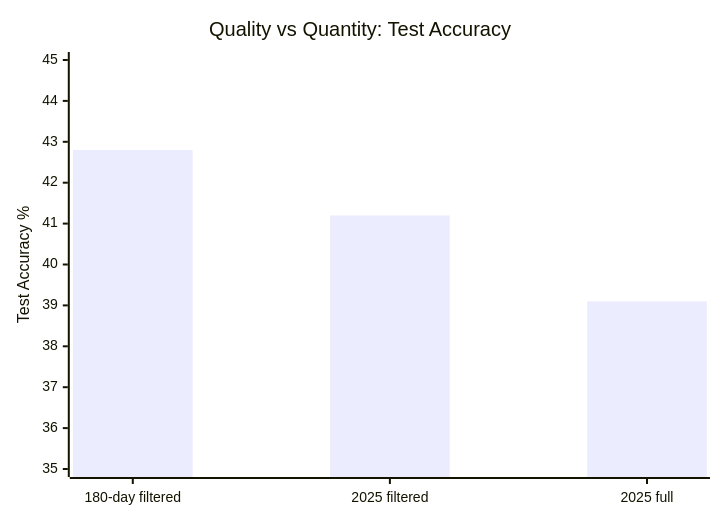
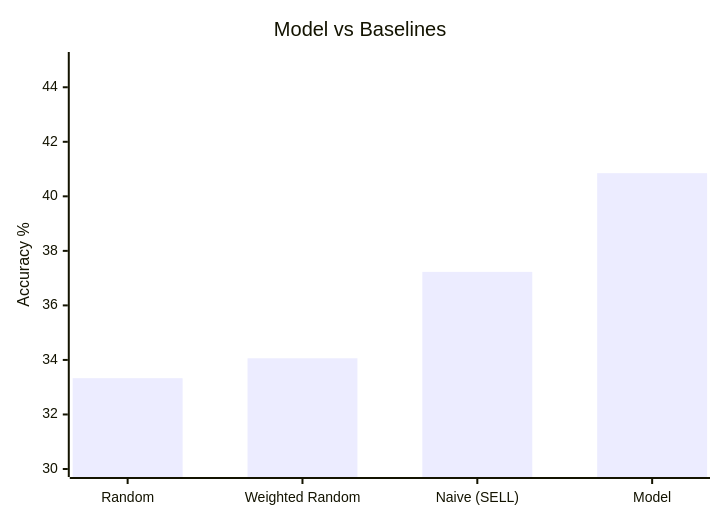
The fifth of 7 diagrams in docs/RESULTS.md (michaelzus/FinTweet-ML), drawn with Mermaid before and after one commit. The commit also changed other lines of this file and 2 other files, not shown here.

````diff
--- a/docs/RESULTS.md
+++ b/docs/RESULTS.md
@@ -192,7 +137,7 @@
 ```mermaid
 xychart-beta
-    title "Quality vs Quantity: Test Accuracy"
-    x-axis ["180-day filtered", "2025 filtered", "2025 full"]
-    y-axis "Test Accuracy %" 35 --> 45
-    bar [42.8, 41.2, 39.1]
+    title "Model vs Baselines"
+    x-axis ["Random", "Weighted Random", "Naive (SELL)", "Model"]
+    y-axis "Accuracy %" 30 --> 45
+    bar [33.33, 34.06, 37.23, 40.85]
 ```
````
